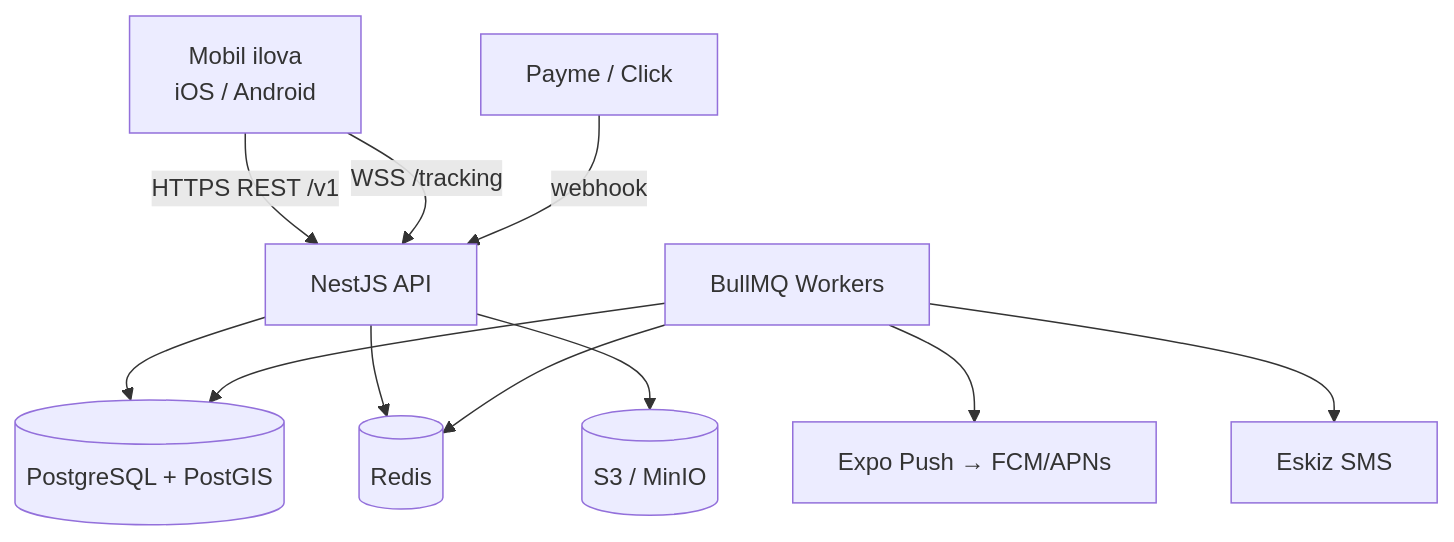
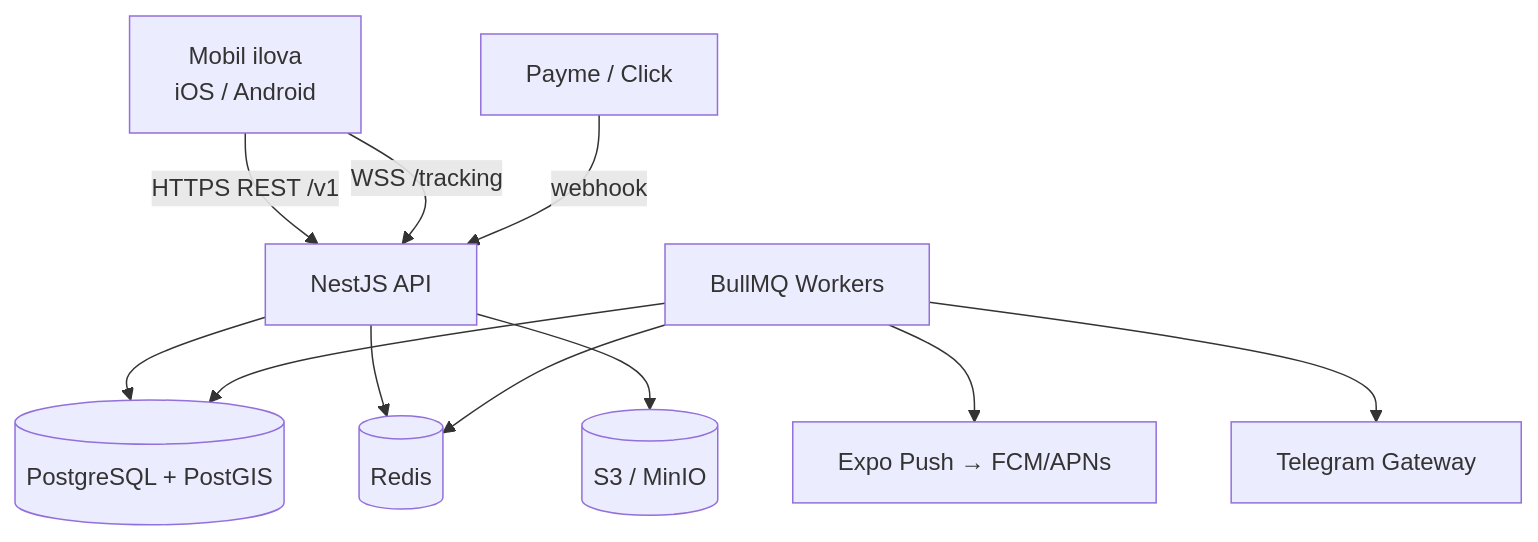
Before and after one commit to IkromovOtabek/InsofECO: the diagram in docs/02-backend-arxitektura.md, drawn with Mermaid. The commit also changed other lines of this file and 48 other files, not shown here.

First line of the commit message:
ECO: SMS butunlay olib tashlandi — kodlar faqat Telegram Gateway orqali (ERP bilan bir xil)

````diff
--- a/docs/02-backend-arxitektura.md
+++ b/docs/02-backend-arxitektura.md
@@ -22,13 +22,13 @@
 ```mermaid
 flowchart TB
   M[Mobil ilova<br/>iOS / Android] -->|HTTPS REST /v1| GW[NestJS API]
   M -->|WSS /tracking| GW
   GW --> PG[(PostgreSQL + PostGIS)]
   GW --> R[(Redis)]
   GW --> S3[(S3 / MinIO)]
   W[BullMQ Workers] --> R
   W --> PG
   W --> PUSH[Expo Push → FCM/APNs]
-  W --> SMS[Eskiz SMS]
+  W --> TG[Telegram Gateway]
   PAY[Payme / Click] -->|webhook| GW
 ```
````
